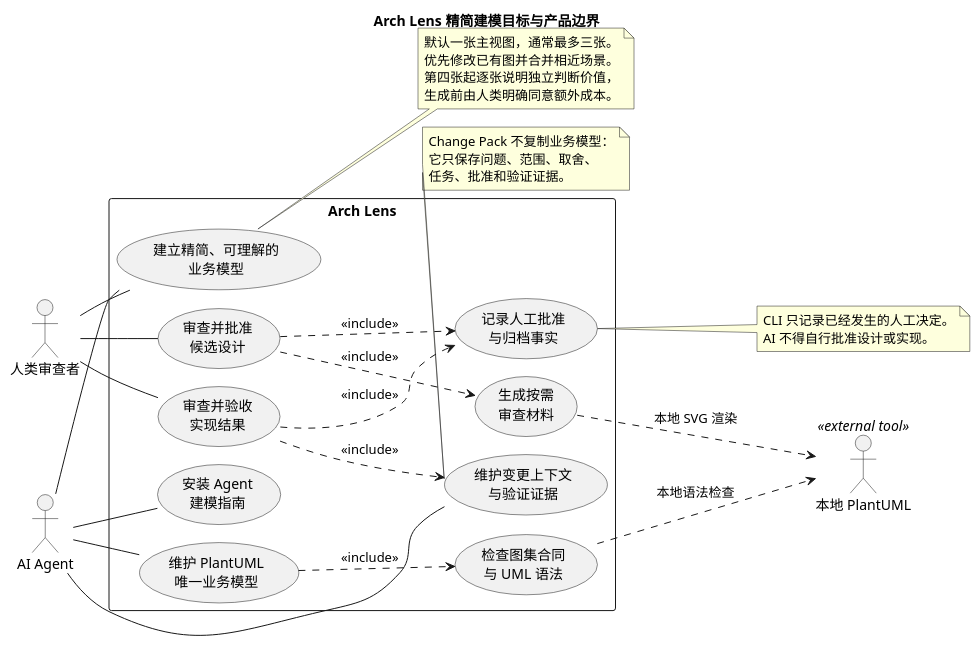
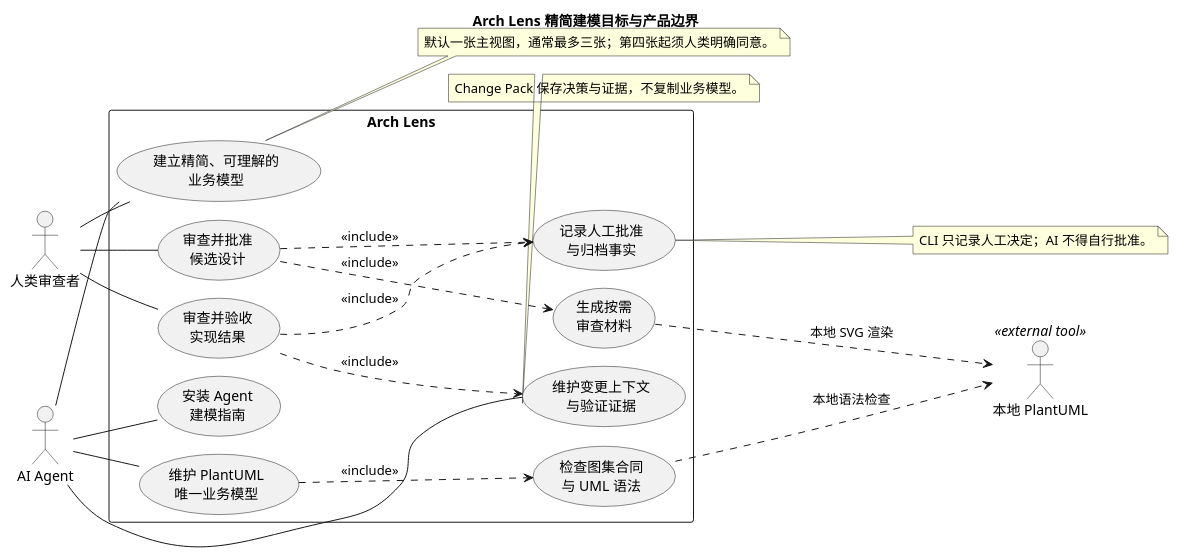
One commit to spec-alchemy/arch-lens changed the diagram in .arch-lens/diagrams/product-goals.use-case.puml. Above: the diagram before and after it, drawn with PlantUML. The commit also changed 11 other files, not shown here.

Commit message:
arch: tighten diagram note budgets

```diff
--- a/.arch-lens/diagrams/product-goals.use-case.puml
+++ b/.arch-lens/diagrams/product-goals.use-case.puml
@@ -1,57 +1,43 @@
 @startuml
 ' arch-lens: type=use-case
 ' arch-lens: question=人类审查者与 AI Agent 如何在保持决策价值的同时控制持久 UML 模型集规模？
 title Arch Lens 精简建模目标与产品边界
 !pragma layout smetana
 left to right direction
 
 actor "人类审查者" as Reviewer
 actor "AI Agent" as Agent
 actor "本地 PlantUML" as PlantUML <<external tool>>
 
 rectangle "Arch Lens" {
   usecase "建立精简、可理解的\n业务模型" as ModelBusiness
   usecase "审查并批准\n候选设计" as ApproveDesign
   usecase "审查并验收\n实现结果" as AcceptImplementation
   usecase "维护 PlantUML\n唯一业务模型" as MaintainDiagrams
   usecase "维护变更上下文\n与验证证据" as MaintainChange
   usecase "检查图集合同\n与 UML 语法" as CheckDiagrams
   usecase "生成按需\n审查材料" as BuildReviewMaterial
   usecase "记录人工批准\n与归档事实" as RecordApproval
   usecase "安装 Agent\n建模指南" as InstallSkill
 }
 
 Reviewer -- ModelBusiness
 Reviewer -- ApproveDesign
 Reviewer -- AcceptImplementation
 Agent -- ModelBusiness
 Agent -- MaintainDiagrams
 Agent -- MaintainChange
 Agent -- InstallSkill
 
 CheckDiagrams ..> PlantUML : 本地语法检查
 BuildReviewMaterial ..> PlantUML : 本地 SVG 渲染
 ApproveDesign ..> BuildReviewMaterial : <<include>>
 ApproveDesign ..> RecordApproval : <<include>>
 AcceptImplementation ..> MaintainChange : <<include>>
 AcceptImplementation ..> RecordApproval : <<include>>
 MaintainDiagrams ..> CheckDiagrams : <<include>>
 
-note right of ModelBusiness
-  默认一张主视图，通常最多三张。
-  优先修改已有图并合并相近场景。
-  第四张起逐张说明独立判断价值，
-  生成前由人类明确同意额外成本。
-end note
-
-note right of RecordApproval
-  CLI 只记录已经发生的人工决定。
-  AI 不得自行批准设计或实现。
-end note
-
-note bottom of MaintainChange
-  Change Pack 不复制业务模型：
-  它只保存问题、范围、取舍、
-  任务、批准和验证证据。
-end note
+note right of ModelBusiness: 默认一张主视图，通常最多三张；第四张起须人类明确同意。
+note right of RecordApproval: CLI 只记录人工决定；AI 不得自行批准。
+note bottom of MaintainChange: Change Pack 保存决策与证据，不复制业务模型。
 @enduml
```
